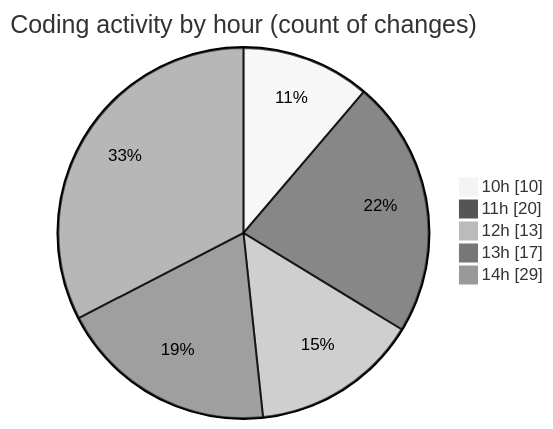
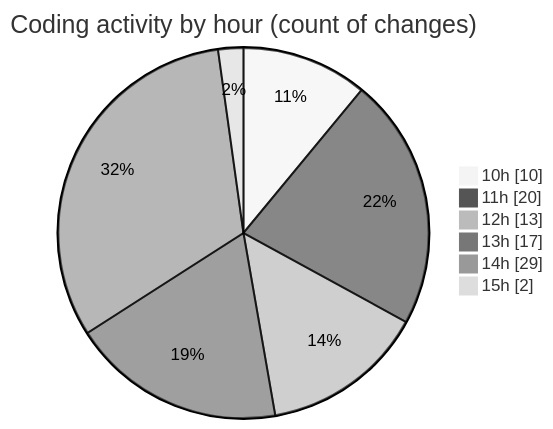
The second of 2 diagrams in 2025-03-31/jsvms/README.md (BS-eng2023/code-tracking), drawn with Mermaid (neutral theme) before and after one commit. The commit also changed other lines of this file and 1 other file, not shown here.

````diff
--- a/2025-03-31/jsvms/README.md
+++ b/2025-03-31/jsvms/README.md
@@ -60,9 +60,10 @@
 ```mermaid
 pie showData
 title Coding activity by hour (count of changes)
 "10h" : 10
 "11h" : 20
 "12h" : 13
 "13h" : 17
 "14h" : 29
+"15h" : 2
 ```
````
